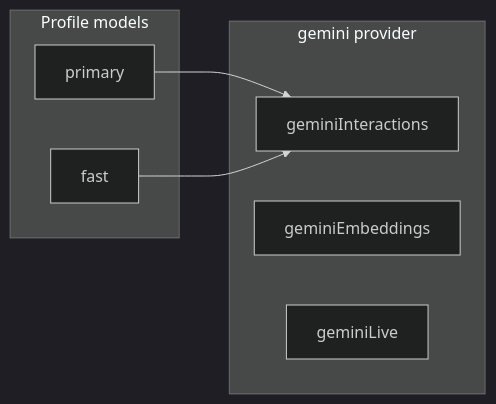
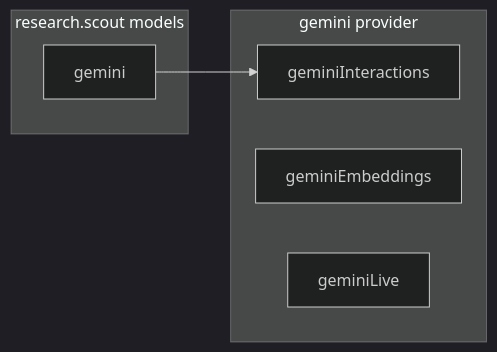
The diagram in app/lib/docs/articles/profiles/bindings.md (masudl-hub/theoremai-frontend), drawn with Mermaid (dark theme) before and after one commit. The commit also changed other lines of this file and 34 other files, not shown here.

````diff
--- a/app/lib/docs/articles/profiles/bindings.md
+++ b/app/lib/docs/articles/profiles/bindings.md
@@ -26,16 +26,14 @@
 ```mermaid
 graph LR
     subgraph Provider["gemini provider"]
         Chat["geminiInteractions"]
         Embed["geminiEmbeddings"]
         Live["geminiLive"]
     end
 
-    subgraph Profile["Profile models"]
-        Primary["primary"]
-        Fast["fast"]
+    subgraph Profile["research.scout models"]
+        Gemini["gemini"]
     end
 
-    Primary --> Chat
-    Fast --> Chat
+    Gemini --> Chat
 ```
````
